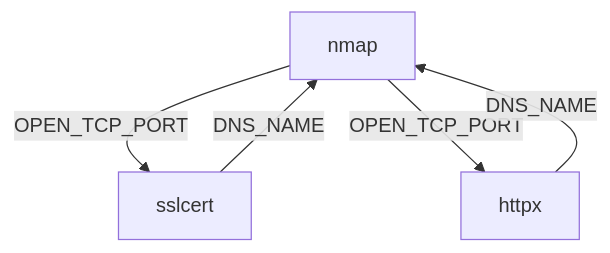
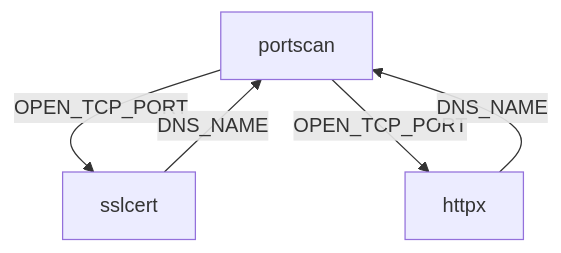
One commit to blacklanternsecurity/bbot changed the diagram in docs/how_it_works.md. Above: the diagram before and after it, drawn with Mermaid. The commit also changed other lines of this file and 17 other files, not shown here.

````diff
--- a/docs/how_it_works.md
+++ b/docs/how_it_works.md
@@ -33,7 +33,7 @@
 ```mermaid
 graph TD
-  nmap -->|OPEN_TCP_PORT| sslcert;
-  nmap -->|OPEN_TCP_PORT| httpx;
-  sslcert --> |DNS_NAME| nmap;
-  httpx --> |DNS_NAME| nmap;
+  portscan -->|OPEN_TCP_PORT| sslcert;
+  portscan -->|OPEN_TCP_PORT| httpx;
+  sslcert --> |DNS_NAME| portscan;
+  httpx --> |DNS_NAME| portscan;
 ```
````
